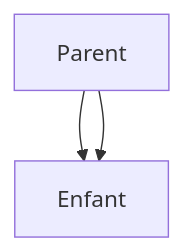
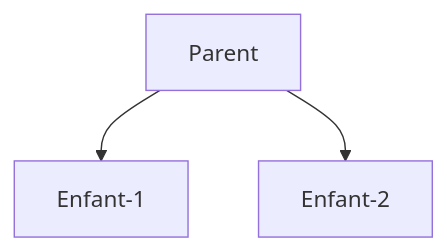
Before and after one commit to gitmcr/gitmcr: the diagram in README.md, drawn with Mermaid.

````diff
--- a/README.md
+++ b/README.md
@@ -1,5 +1,5 @@
 ```mermaid
 graph TD;
-Parent-->Enfant;
-Parent-->Enfant;
+Parent-->Enfant-1;
+Parent-->Enfant-2;
 ```
````
